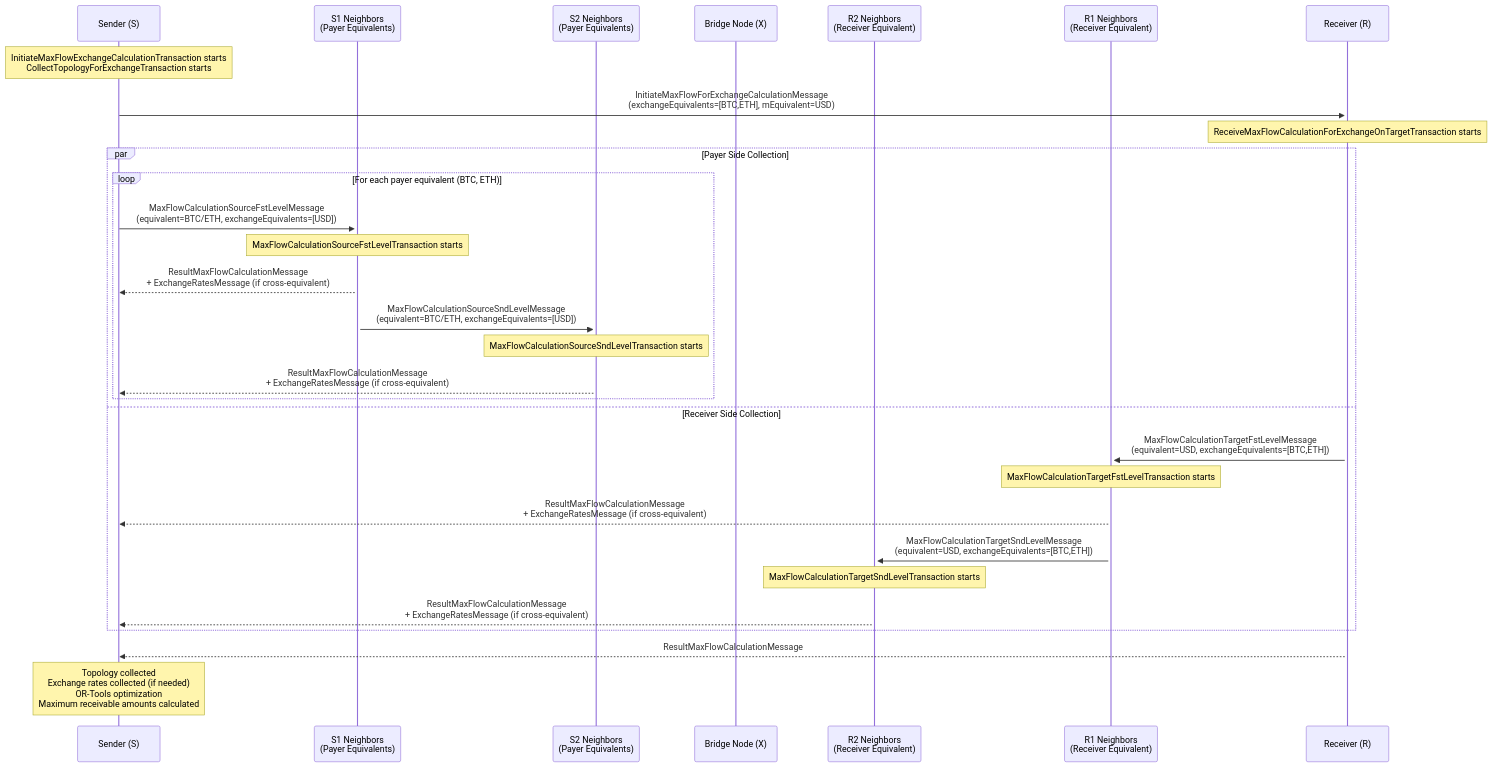
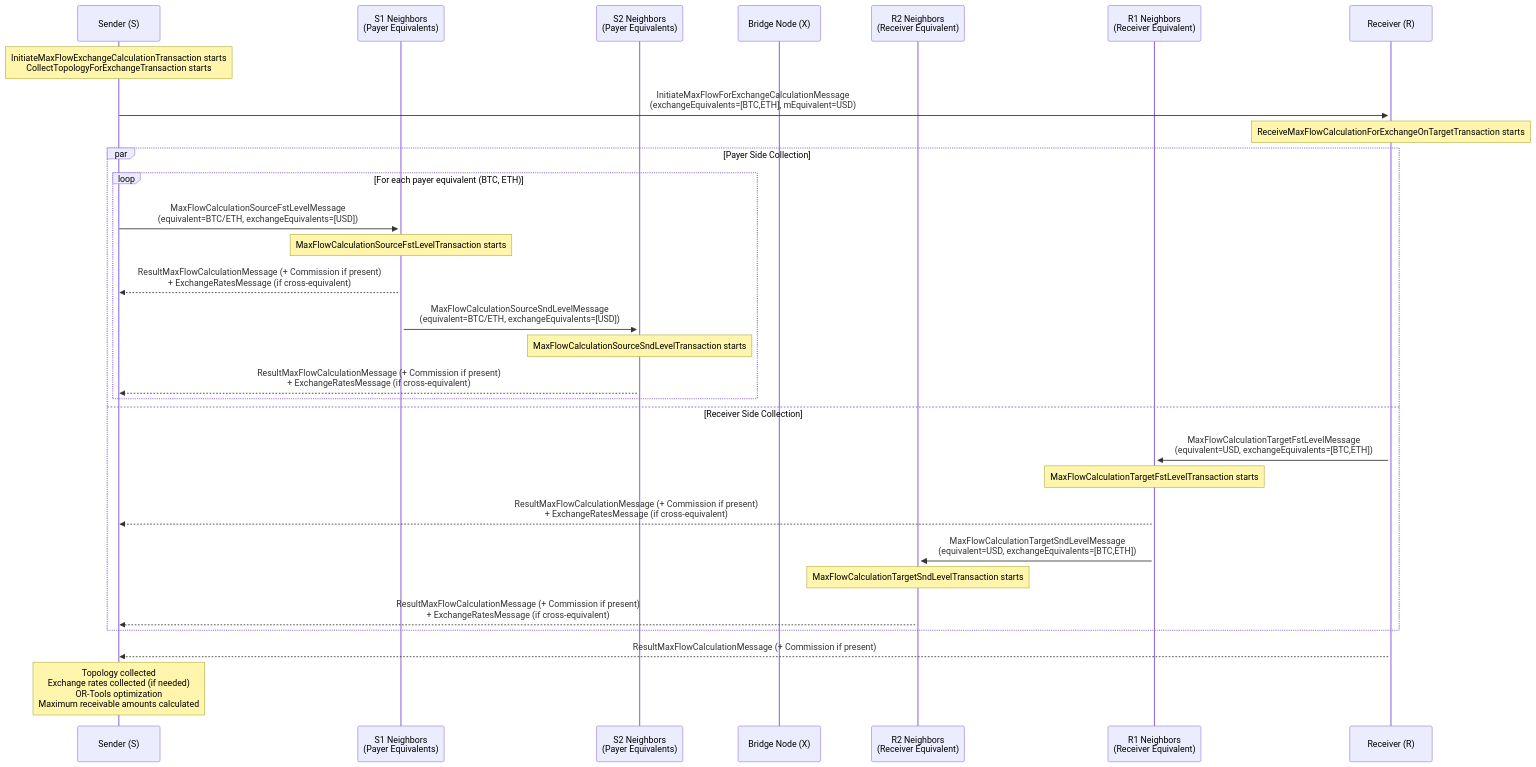
One commit to vTCP-Foundation/workspace changed the diagram in architecture/vtcpd/protocols/topology-collection-protocol.md. Above: the diagram before and after it, drawn with Mermaid. The commit also changed other lines of this file and 8 other files, not shown here.

````diff
--- a/architecture/vtcpd/protocols/topology-collection-protocol.md
+++ b/architecture/vtcpd/protocols/topology-collection-protocol.md
@@ -170,39 +170,39 @@
 ```mermaid
 sequenceDiagram
     participant S as Sender (S)
     participant S1 as S1 Neighbors<br/>(Payer Equivalents)
     participant S2 as S2 Neighbors<br/>(Payer Equivalents)
     participant X as Bridge Node (X)
     participant R2 as R2 Neighbors<br/>(Receiver Equivalent)
     participant R1 as R1 Neighbors<br/>(Receiver Equivalent)
     participant R as Receiver (R)
 
     Note over S: InitiateMaxFlowExchangeCalculationTransaction starts<br/>CollectTopologyForExchangeTransaction starts
     
     S->>+R: InitiateMaxFlowForExchangeCalculationMessage<br/>(exchangeEquivalents=[BTC,ETH], mEquivalent=USD)
     Note over R: ReceiveMaxFlowCalculationForExchangeOnTargetTransaction starts
     
     par Payer Side Collection
         loop For each payer equivalent (BTC, ETH)
             S->>+S1: MaxFlowCalculationSourceFstLevelMessage<br/>(equivalent=BTC/ETH, exchangeEquivalents=[USD])
             Note over S1: MaxFlowCalculationSourceFstLevelTransaction starts
-            S1-->>S: ResultMaxFlowCalculationMessage<br/>+ ExchangeRatesMessage (if cross-equivalent)
+            S1-->>S: ResultMaxFlowCalculationMessage (+ Commission if present)<br/>+ ExchangeRatesMessage (if cross-equivalent)
             
             S1->>+S2: MaxFlowCalculationSourceSndLevelMessage<br/>(equivalent=BTC/ETH, exchangeEquivalents=[USD])
             Note over S2: MaxFlowCalculationSourceSndLevelTransaction starts
-            S2-->>S: ResultMaxFlowCalculationMessage<br/>+ ExchangeRatesMessage (if cross-equivalent)
+            S2-->>S: ResultMaxFlowCalculationMessage (+ Commission if present)<br/>+ ExchangeRatesMessage (if cross-equivalent)
         end
     and Receiver Side Collection
         R->>+R1: MaxFlowCalculationTargetFstLevelMessage<br/>(equivalent=USD, exchangeEquivalents=[BTC,ETH])
         Note over R1: MaxFlowCalculationTargetFstLevelTransaction starts
-        R1-->>S: ResultMaxFlowCalculationMessage<br/>+ ExchangeRatesMessage (if cross-equivalent)
+        R1-->>S: ResultMaxFlowCalculationMessage (+ Commission if present)<br/>+ ExchangeRatesMessage (if cross-equivalent)
         
         R1->>+R2: MaxFlowCalculationTargetSndLevelMessage<br/>(equivalent=USD, exchangeEquivalents=[BTC,ETH])
         Note over R2: MaxFlowCalculationTargetSndLevelTransaction starts
-        R2-->>S: ResultMaxFlowCalculationMessage<br/>+ ExchangeRatesMessage (if cross-equivalent)
+        R2-->>S: ResultMaxFlowCalculationMessage (+ Commission if present)<br/>+ ExchangeRatesMessage (if cross-equivalent)
     end
     
-    R-->>S: ResultMaxFlowCalculationMessage
+    R-->>S: ResultMaxFlowCalculationMessage (+ Commission if present)
 
     Note over S: Topology collected<br/>Exchange rates collected (if needed)<br/>OR-Tools optimization<br/>Maximum receivable amounts calculated
 ```
````
